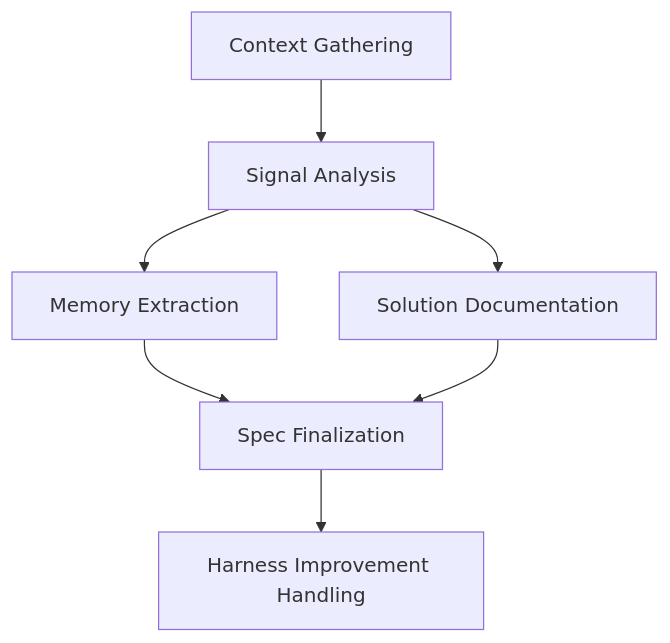
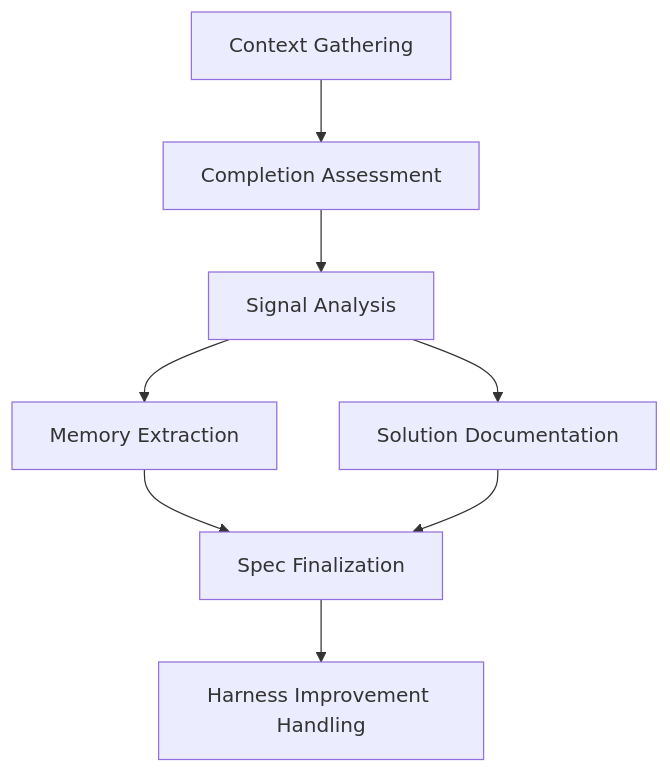
One commit to kalem-edlin/all-hands-cli changed the second of 3 diagrams in docs/flows/compounding.md. Above: the diagram before and after it, drawn with Mermaid. The commit also changed other lines of this file and 17 other files, not shown here.

````diff
--- a/docs/flows/compounding.md
+++ b/docs/flows/compounding.md
@@ -28,9 +28,10 @@
 ```mermaid
 flowchart TD
-    CG[Context Gathering] --> SA[Signal Analysis]
+    CG[Context Gathering] --> CA[Completion Assessment]
+    CA --> SA[Signal Analysis]
     SA --> ME[Memory Extraction]
     SA --> SD[Solution Documentation]
     ME --> SF[Spec Finalization]
     SD --> SF
     SF --> HI[Harness Improvement Handling]
 ```
````
